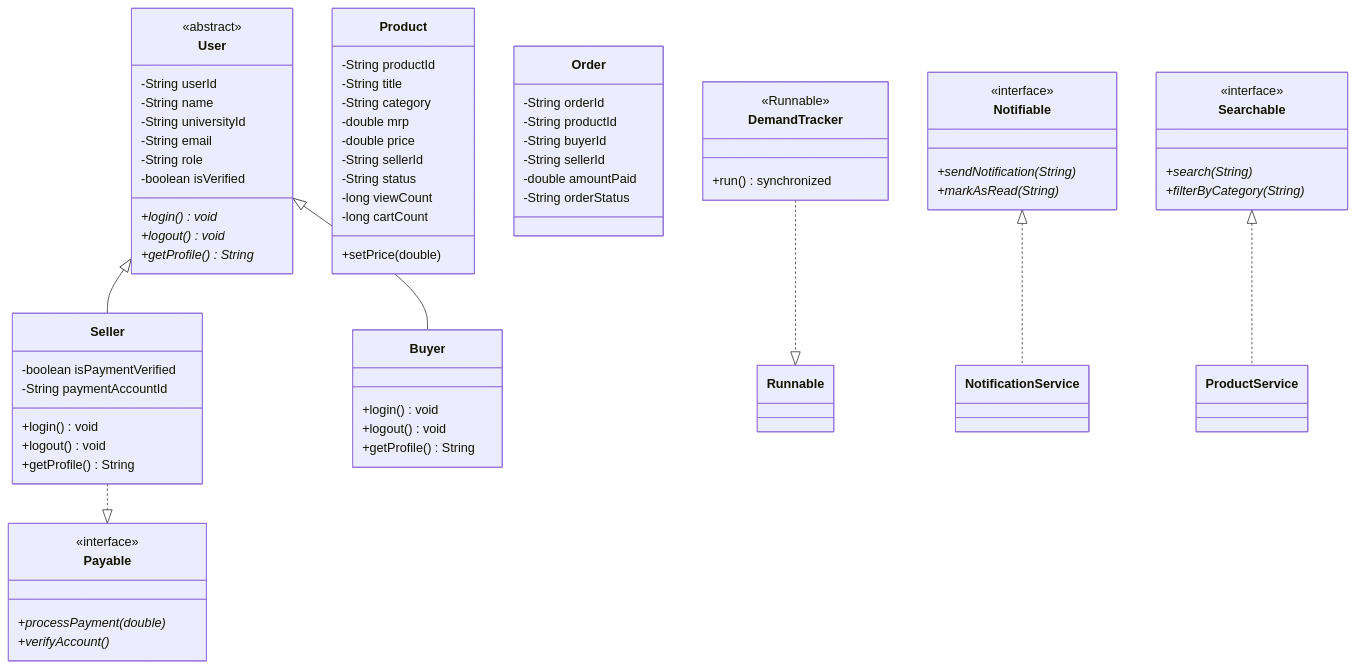
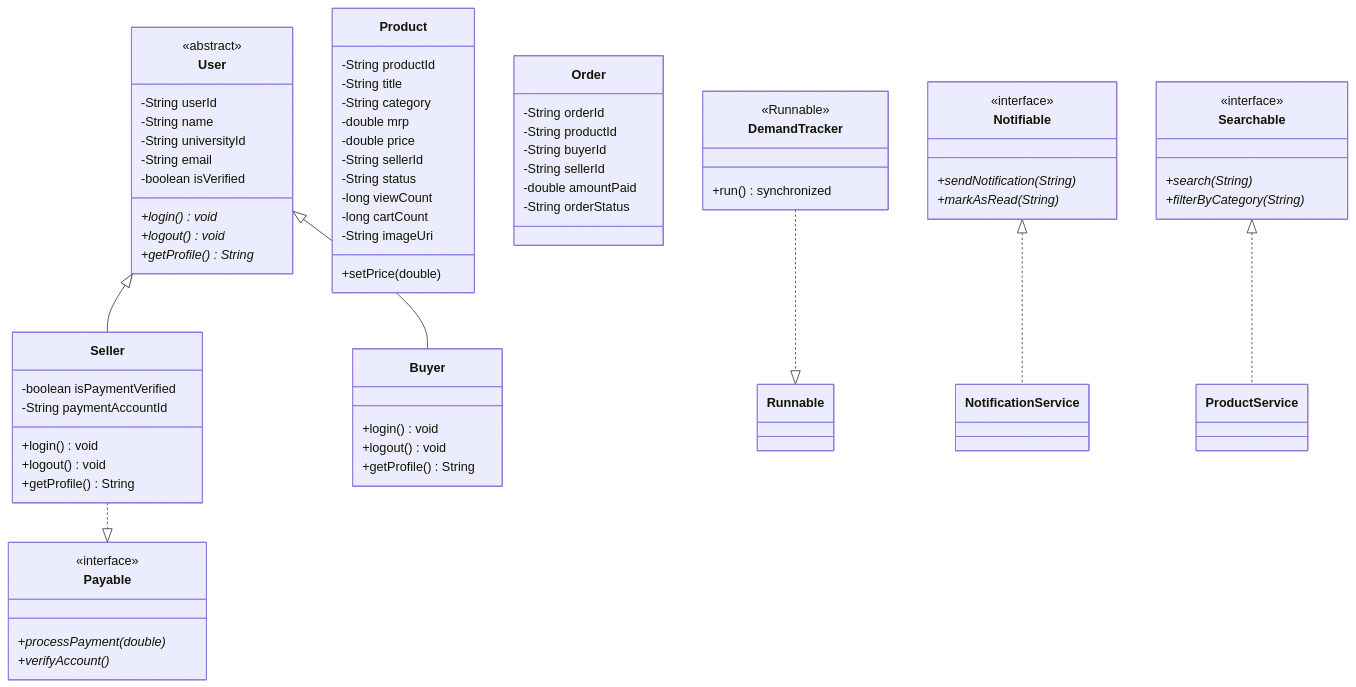
The fourth of 5 diagrams in README.md (xnshikaa/CampusCycle), drawn with Mermaid before and after one commit. The commit also changed other lines of this file, not shown here.

````diff
--- a/README.md
+++ b/README.md
@@ -99,81 +127,81 @@
 ```mermaid
 classDiagram
     class User {
         <<abstract>>
         -String userId
         -String name
         -String universityId
         -String email
-        -String role
         -boolean isVerified
         +login() void*
         +logout() void*
         +getProfile() String*
     }
 
     class Seller {
         -boolean isPaymentVerified
         -String paymentAccountId
         +login() void
         +logout() void
         +getProfile() String
     }
 
     class Buyer {
         +login() void
         +logout() void
         +getProfile() String
     }
 
     class Product {
         -String productId
         -String title
         -String category
         -double mrp
         -double price
         -String sellerId
         -String status
         -long viewCount
         -long cartCount
+        -String imageUri
         +setPrice(double)
     }
 
     class Order {
         -String orderId
         -String productId
         -String buyerId
         -String sellerId
         -double amountPaid
         -String orderStatus
     }
 
     class DemandTracker {
         <<Runnable>>
         +run() synchronized
     }
 
     class Payable {
         <<interface>>
         +processPayment(double)*
         +verifyAccount()*
     }
 
     class Notifiable {
         <<interface>>
         +sendNotification(String)*
         +markAsRead(String)*
     }
 
     class Searchable {
         <<interface>>
         +search(String)*
         +filterByCategory(String)*
     }
 
     User <|-- Seller
     User <|-- Buyer
     Seller ..|> Payable
     DemandTracker ..|> Runnable
     Notifiable <|.. NotificationService
     Searchable <|.. ProductService
 ```
````
